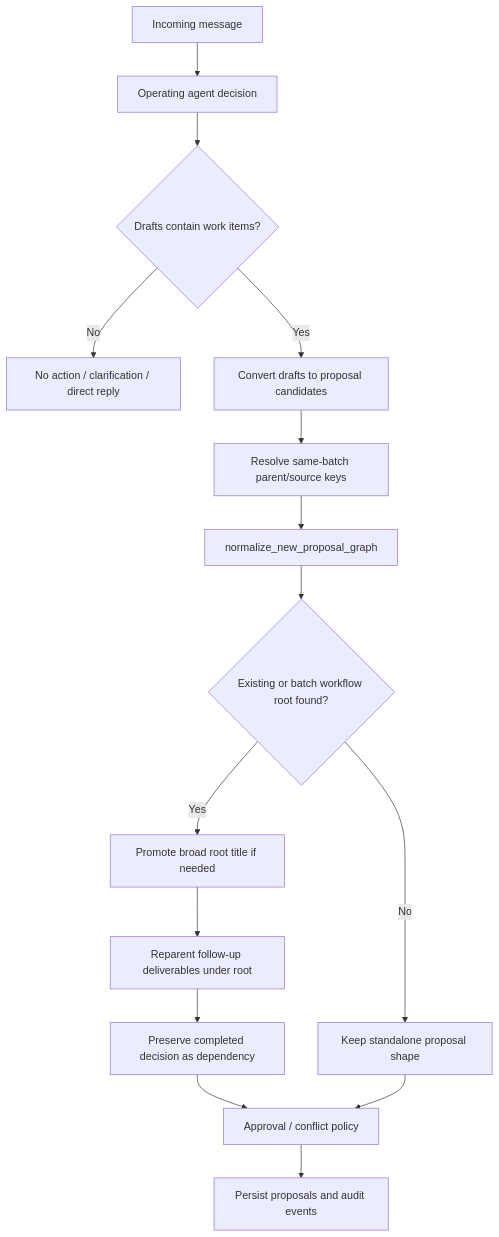
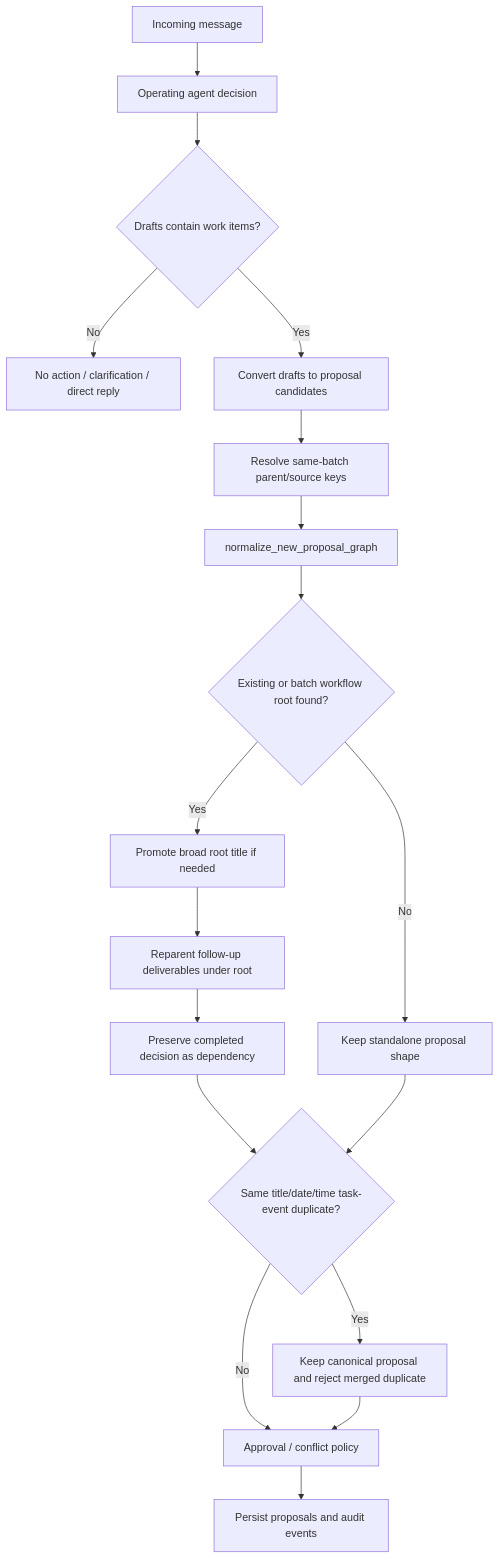
One commit to KOBIC-KBDS/task-management-clean-public changed the second of 7 diagrams in docs/agent-flow.md. Above: the diagram before and after it, drawn with Mermaid. The commit also changed other lines of this file and 11 other files, not shown here.

First line of the commit message:
Preserve one visible commitment for task/event duplicates

````diff
--- a/docs/agent-flow.md
+++ b/docs/agent-flow.md
@@ -75,17 +76,20 @@
 ```mermaid
 flowchart TD
   A[Incoming message] --> B[Operating agent decision]
   B --> C{Drafts contain work items?}
   C -->|No| D[No action / clarification / direct reply]
   C -->|Yes| E[Convert drafts to proposal candidates]
   E --> F[Resolve same-batch parent/source keys]
   F --> G[normalize_new_proposal_graph]
   G --> H{Existing or batch workflow root found?}
   H -->|Yes| I[Promote broad root title if needed]
   I --> J[Reparent follow-up deliverables under root]
   J --> K[Preserve completed decision as dependency]
   H -->|No| L[Keep standalone proposal shape]
-  K --> M[Approval / conflict policy]
-  L --> M
+  K --> X{Same title/date/time task-event duplicate?}
+  L --> X
+  X -->|Yes| Y[Keep canonical proposal and reject merged duplicate]
+  X -->|No| M[Approval / conflict policy]
+  Y --> M
   M --> N[Persist proposals and audit events]
 ```
````
